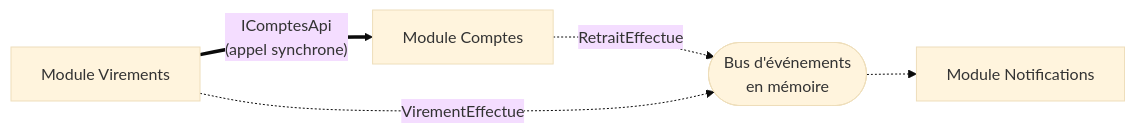
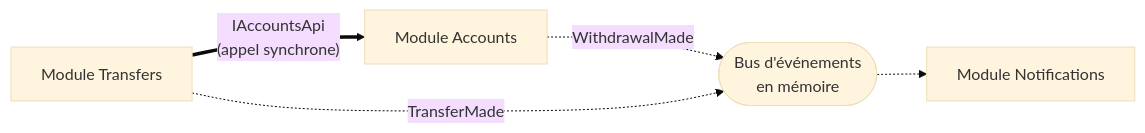
Before and after one commit to drangoht/ArchitecturesDemo: the diagram in Docs/fiches/07-monolithe-modulaire.md, drawn with Mermaid (base theme). The commit also changed other lines of this file and 70 other files, not shown here.

Commit message:
Docs FR : identifiants, liens, diagrammes et sorties alignés sur le code anglais

````diff
--- a/Docs/fiches/07-monolithe-modulaire.md
+++ b/Docs/fiches/07-monolithe-modulaire.md
@@ -12,7 +12,7 @@
 ```mermaid
 flowchart LR
-    V["Module Virements"] ==>|"IComptesApi<br/>(appel synchrone)"| C["Module Comptes"]
-    C -.->|RetraitEffectue| B(["Bus d'événements<br/>en mémoire"])
-    V -.->|VirementEffectue| B
+    V["Module Transfers"] ==>|"IAccountsApi<br/>(appel synchrone)"| C["Module Accounts"]
+    C -.->|WithdrawalMade| B(["Bus d'événements<br/>en mémoire"])
+    V -.->|TransferMade| B
     B -.-> N["Module Notifications"]
 ```
````
